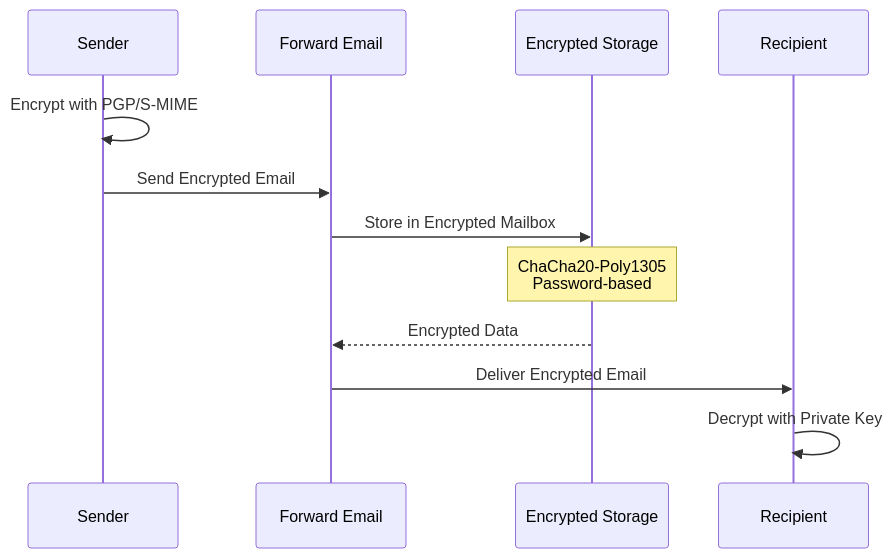
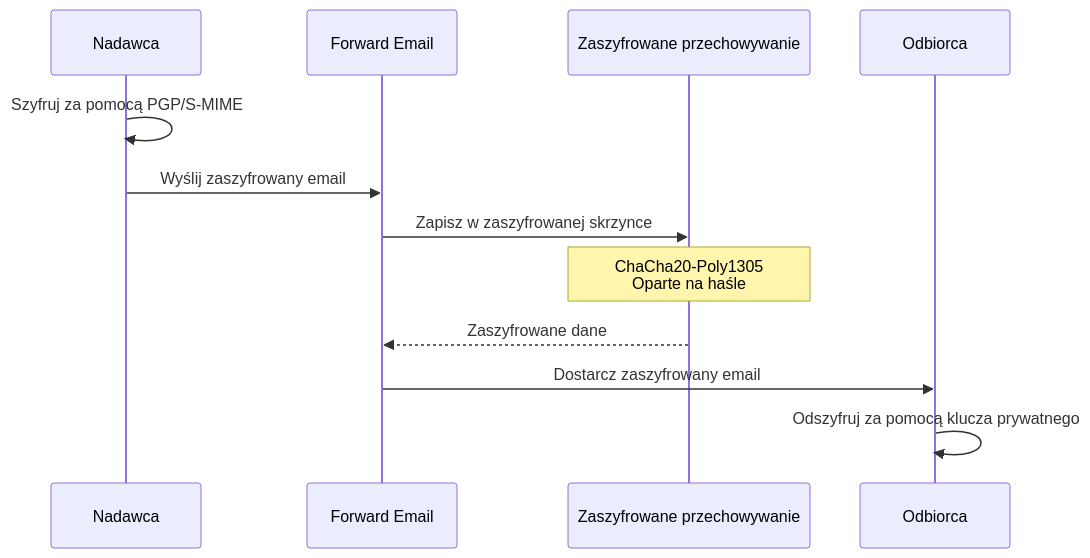
Before and after one commit to forwardemail/forwardemail.net: the seventh of 16 diagrams in app/views/docs/email-protocols-rfc-compliance-imap-smtp-pop3-comparison/index-pl.md, drawn with Mermaid. The commit also changed other lines of this file and 1055 other files, not shown here.

````diff
--- a/app/views/docs/email-protocols-rfc-compliance-imap-smtp-pop3-comparison/index-pl.md
+++ b/app/views/docs/email-protocols-rfc-compliance-imap-smtp-pop3-comparison/index-pl.md
@@ -896,15 +888,15 @@
 ```mermaid
 sequenceDiagram
-    participant Sender as Sender
+    participant Sender as Nadawca
     participant FE as Forward Email
-    participant Storage as Encrypted Storage
-    participant Recipient as Recipient
+    participant Storage as Zaszyfrowane przechowywanie
+    participant Recipient as Odbiorca
 
-    Sender->>Sender: Encrypt with PGP/S-MIME
-    Sender->>FE: Send Encrypted Email
-    FE->>Storage: Store in Encrypted Mailbox
-    Note over Storage: ChaCha20-Poly1305<br/>Password-based
-    Storage-->>FE: Encrypted Data
-    FE->>Recipient: Deliver Encrypted Email
-    Recipient->>Recipient: Decrypt with Private Key
+    Sender->>Sender: Szyfruj za pomocą PGP/S-MIME
+    Sender->>FE: Wyślij zaszyfrowany email
+    FE->>Storage: Zapisz w zaszyfrowanej skrzynce
+    Note over Storage: ChaCha20-Poly1305<br/>Oparte na haśle
+    Storage-->>FE: Zaszyfrowane dane
+    FE->>Recipient: Dostarcz zaszyfrowany email
+    Recipient->>Recipient: Odszyfruj za pomocą klucza prywatnego
 ```
````
